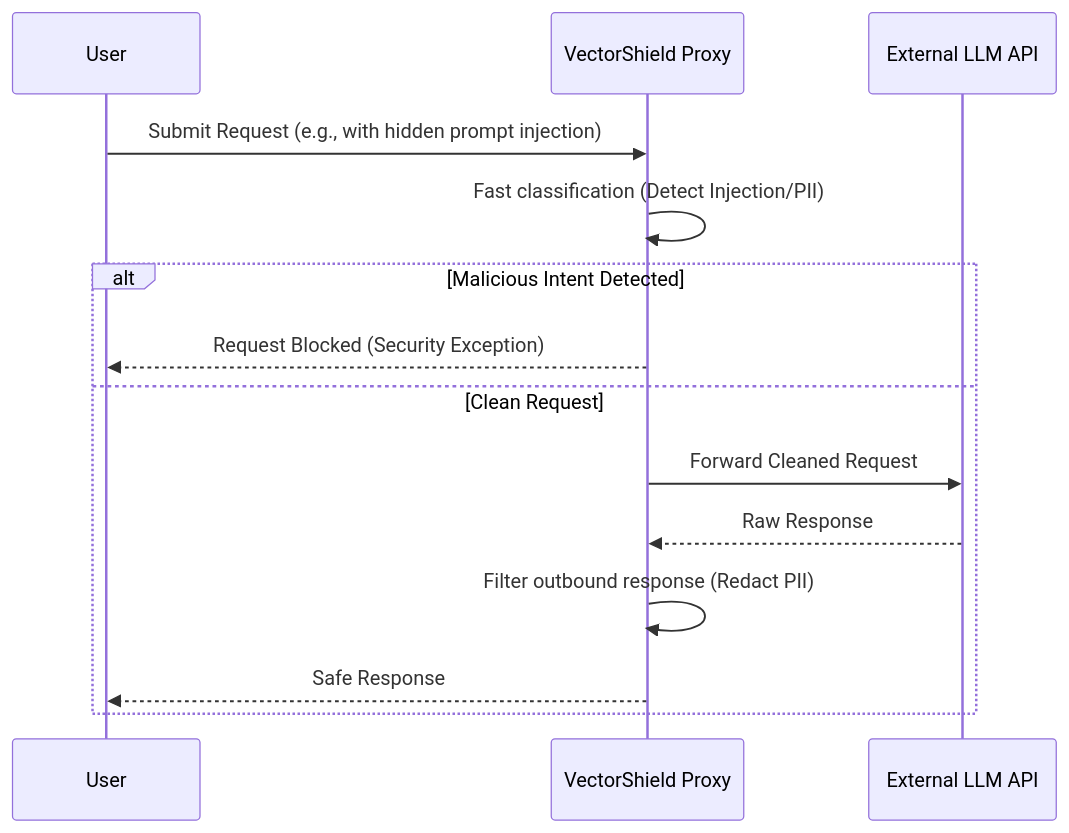
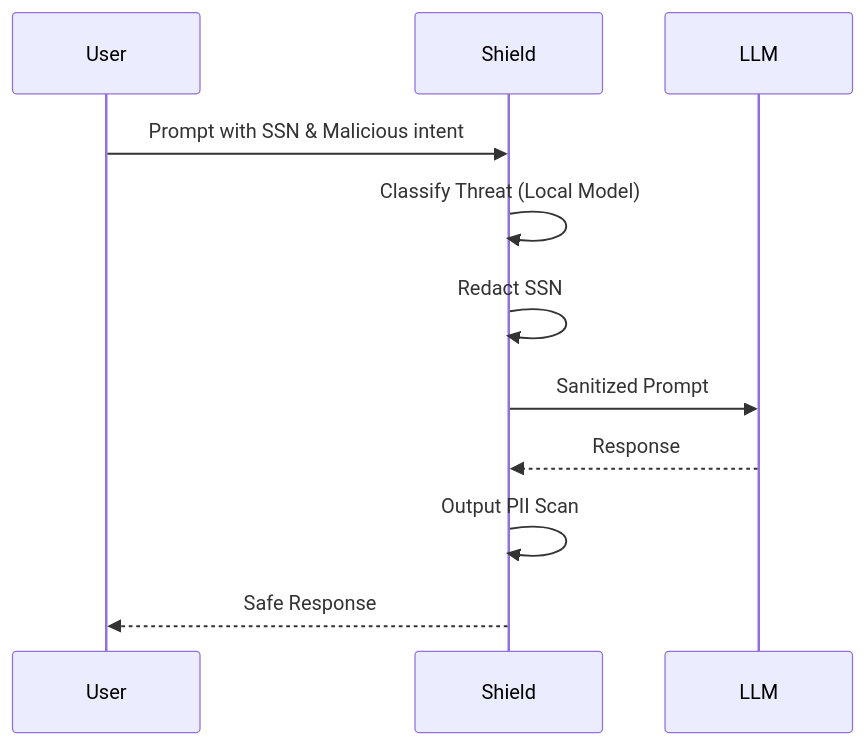
Before and after one commit to flouzzy/top-100-ai-startup-ideas: the second of 2 diagrams in ideas/vector-shield/README.md, drawn with Mermaid. The commit also changed other lines of this file and 41 other files, not shown here.

````diff
--- a/ideas/vector-shield/README.md
+++ b/ideas/vector-shield/README.md
@@ -40,16 +43,13 @@
 ```mermaid
 sequenceDiagram
     participant User
-    participant Gateway as VectorShield Proxy
-    participant LLM as External LLM API
-    User->>Gateway: Submit Request (e.g., with hidden prompt injection)
-    Gateway->>Gateway: Fast classification (Detect Injection/PII)
-    alt Malicious Intent Detected
-        Gateway-->>User: Request Blocked (Security Exception)
-    else Clean Request
-        Gateway->>LLM: Forward Cleaned Request
-        LLM-->>Gateway: Raw Response
-        Gateway->>Gateway: Filter outbound response (Redact PII)
-        Gateway-->>User: Safe Response
-    end
+    participant Shield
+    participant LLM
+    User->>Shield: Prompt with SSN & Malicious intent
+    Shield->>Shield: Classify Threat (Local Model)
+    Shield->>Shield: Redact SSN
+    Shield->>LLM: Sanitized Prompt
+    LLM-->>Shield: Response
+    Shield->>Shield: Output PII Scan
+    Shield-->>User: Safe Response
 ```
````
